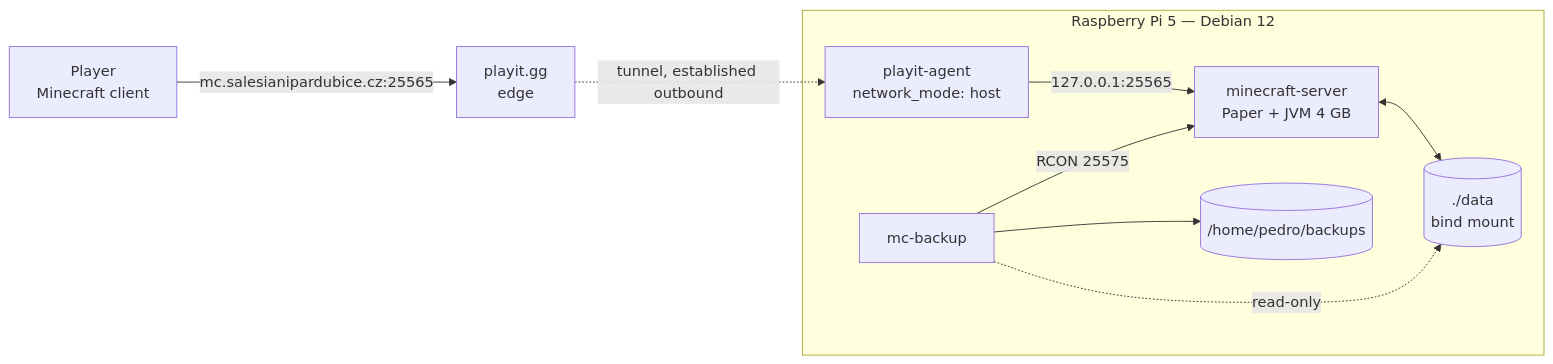
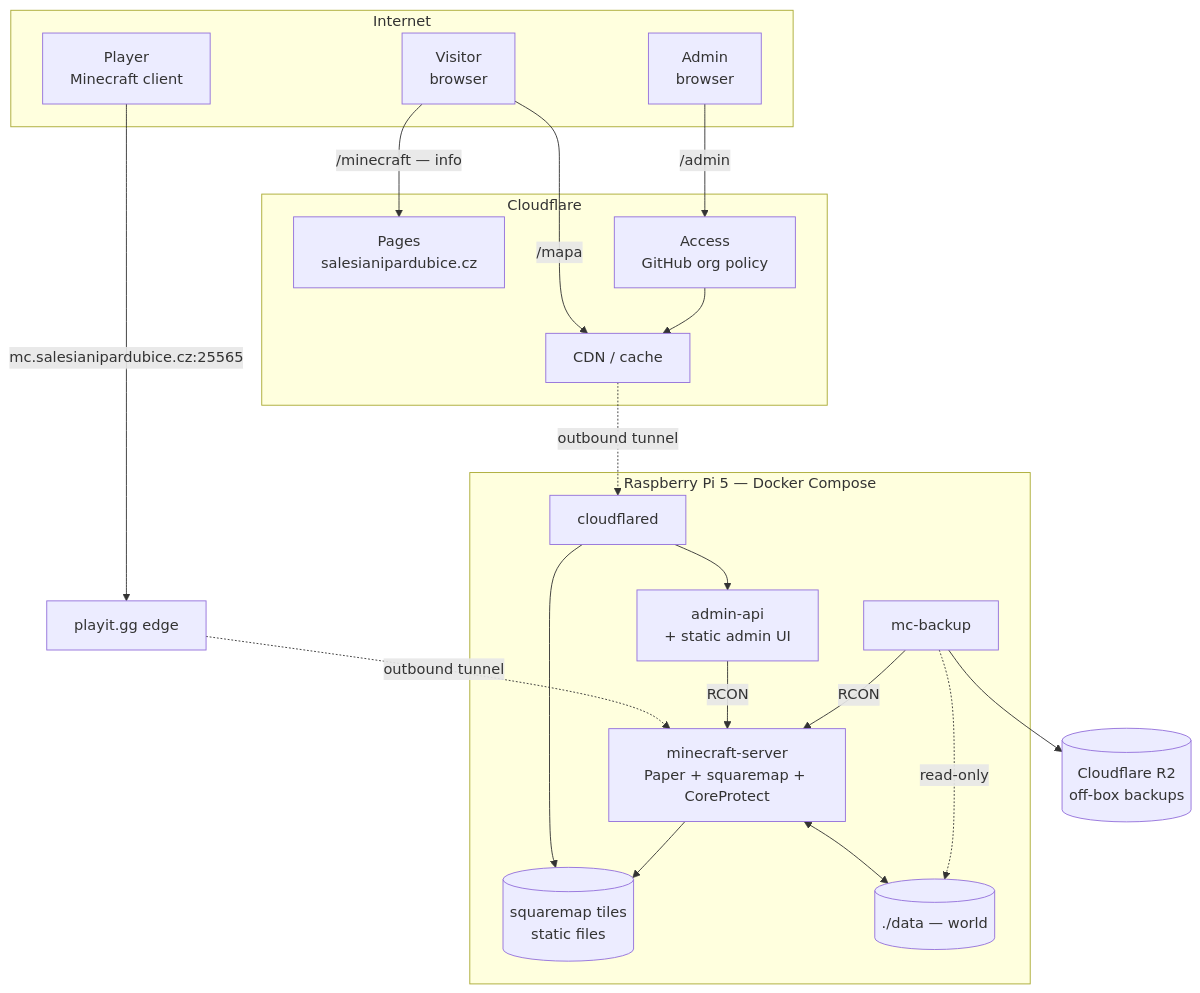
One commit to Salesiani-Pardubice/minecraft-server changed the diagram in ARCHITECTURE.md. Above: the diagram before and after it, drawn with Mermaid. The commit also changed other lines of this file and 1 other file, not shown here.

First line of the commit message:
docs: replace ARCHITECTURE.md with the target architecture

````diff
--- a/ARCHITECTURE.md
+++ b/ARCHITECTURE.md
@@ -23,13 +66,44 @@
 ```mermaid
-graph LR
-  P[Player<br/>Minecraft client] -->|mc.salesianipardubice.cz:25565| PG[playit.gg<br/>edge]
-  PG -.->|tunnel, established outbound| PA
-  subgraph Pi["Raspberry Pi 5 — Debian 12"]
-    PA[playit-agent<br/>network_mode: host]
-    PA -->|127.0.0.1:25565| MC[minecraft-server<br/>Paper + JVM 4 GB]
-    BK[mc-backup] -->|RCON 25575| MC
-    MC <--> D[(./data<br/>bind mount)]
-    BK -.->|read-only| D
-    BK --> B[(/home/pedro/backups)]
+graph TB
+  subgraph Internet
+    PL[Player<br/>Minecraft client]
+    VIS[Visitor<br/>browser]
+    ADM[Admin<br/>browser]
   end
+
+  subgraph CF["Cloudflare"]
+    PAGES[Pages<br/>salesianipardubice.cz]
+    ACC[Access<br/>GitHub org policy]
+    EDGE[CDN / cache]
+  end
+
+  PG[playit.gg edge]
+
+  subgraph PI["Raspberry Pi 5 — Docker Compose"]
+    CFD[cloudflared]
+    API[admin-api<br/>+ static admin UI]
+    MC[minecraft-server<br/>Paper + squaremap + CoreProtect]
+    BK[mc-backup]
+    TILES[(squaremap tiles<br/>static files)]
+    WORLD[(./data — world)]
+  end
+
+  R2[(Cloudflare R2<br/>off-box backups)]
+
+  PL -->|"mc.salesianipardubice.cz:25565"| PG
+  PG -.->|outbound tunnel| MC
+
+  VIS -->|"/minecraft — info"| PAGES
+  VIS -->|"/mapa"| EDGE
+  ADM -->|"/admin"| ACC
+  ACC --> EDGE
+  EDGE -.->|outbound tunnel| CFD
+  CFD --> TILES
+  CFD --> API
+  API -->|RCON| MC
+  MC --> TILES
+  MC <--> WORLD
+  BK -->|RCON| MC
+  BK -.->|read-only| WORLD
+  BK --> R2
 ```
````
